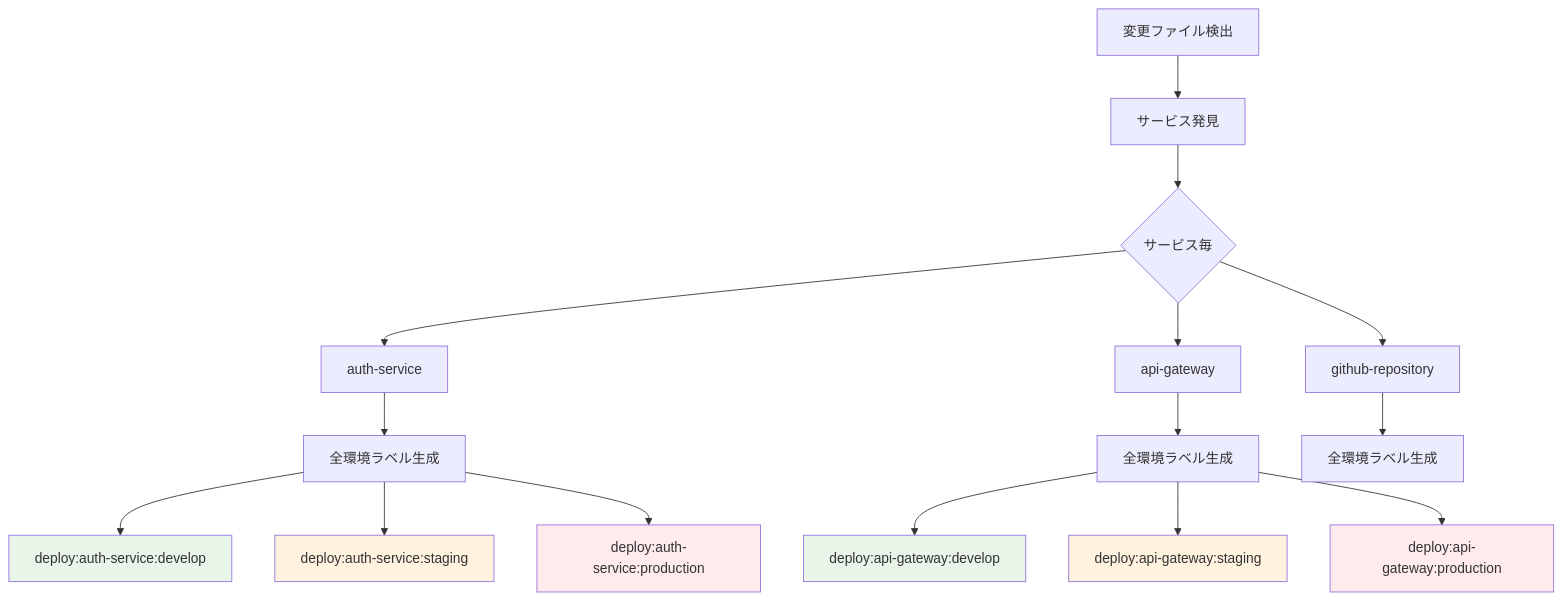
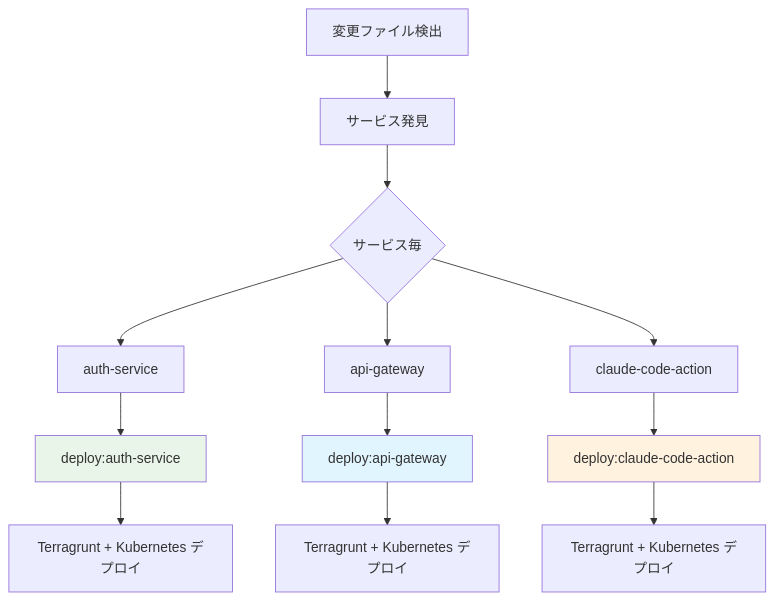
The second of 2 diagrams in .github/scripts/label-dispatcher/README.md (panicboat/monorepo), drawn with Mermaid before and after one commit. The commit also changed other lines of this file and 5 other files, not shown here.

````diff
--- a/.github/scripts/label-dispatcher/README.md
+++ b/.github/scripts/label-dispatcher/README.md
@@ -57,27 +57,20 @@
 ```mermaid
 graph TD
     A[変更ファイル検出] --> B[サービス発見]
     B --> C{サービス毎}
     C --> D[auth-service]
     C --> E[api-gateway]
-    C --> F[github-repository]
+    C --> F[claude-code-action]
 
-    D --> G[全環境ラベル生成]
-    E --> H[全環境ラベル生成]
-    F --> I[全環境ラベル生成]
+    D --> G[deploy:auth-service]
+    E --> H[deploy:api-gateway]
+    F --> I[deploy:claude-code-action]
 
-    G --> J[deploy:auth-service:develop]
-    G --> K[deploy:auth-service:staging]
-    G --> L[deploy:auth-service:production]
+    G --> J[Terragrunt + Kubernetes デプロイ]
+    H --> K[Terragrunt + Kubernetes デプロイ]
+    I --> L[Terragrunt + Kubernetes デプロイ]
 
-    H --> M[deploy:api-gateway:develop]
-    H --> N[deploy:api-gateway:staging]
-    H --> O[deploy:api-gateway:production]
-
-    style J fill:#e8f5e8
-    style K fill:#fff3e0
-    style L fill:#ffebee
-    style M fill:#e8f5e8
-    style N fill:#fff3e0
-    style O fill:#ffebee
+    style G fill:#e8f5e8
+    style H fill:#e1f5fe
+    style I fill:#fff3e0
 ```
````
